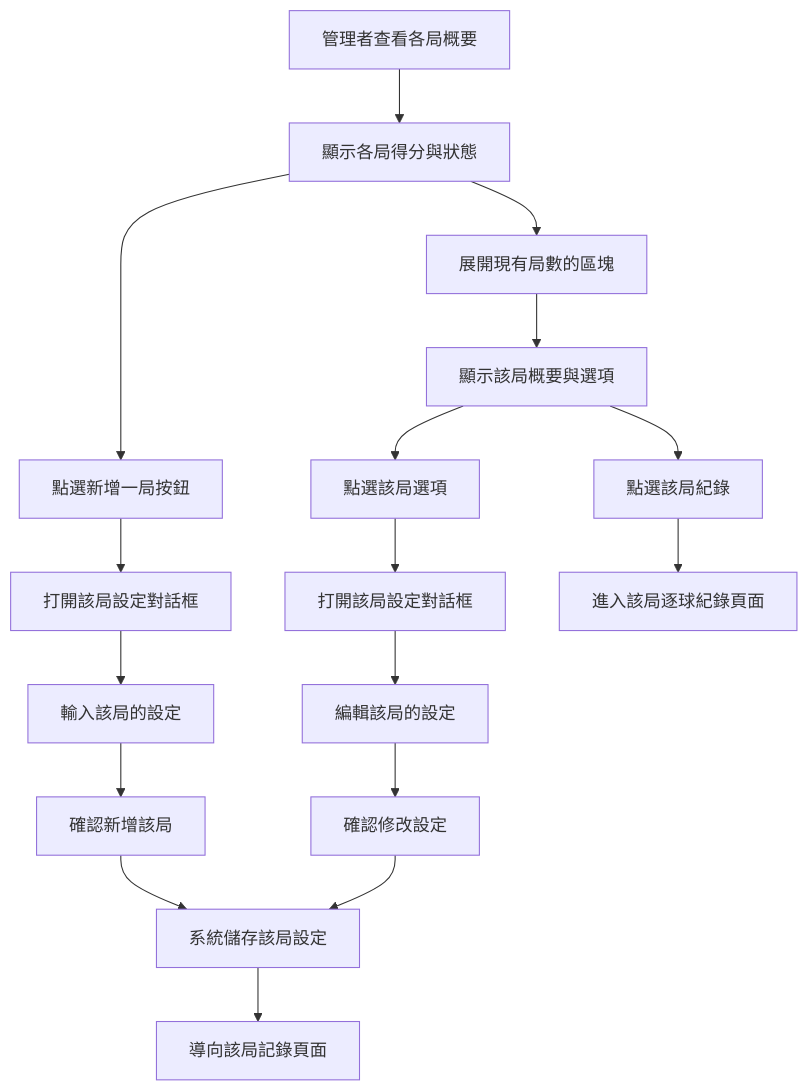
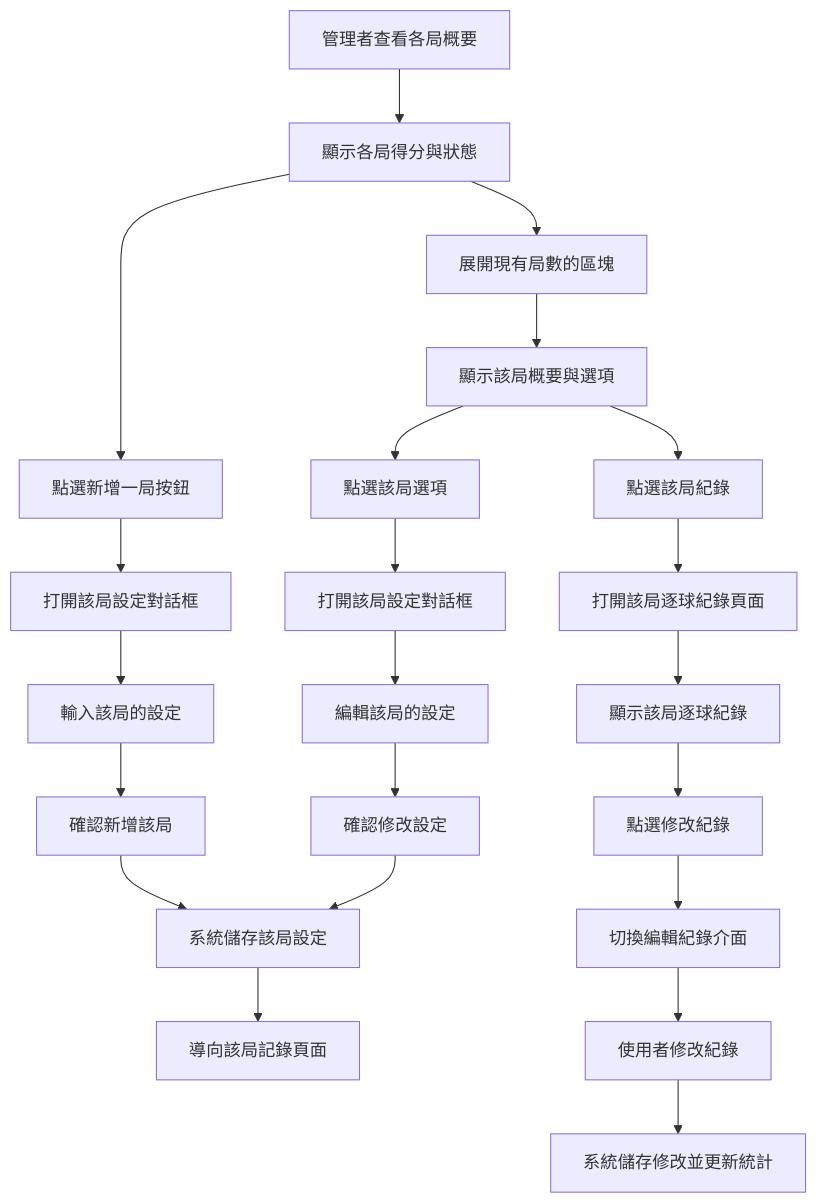
Before and after one commit to andrewck24/volleybro: the third of 6 diagrams in docs/02_functional_requirements/03_tw_match_record.md, drawn with Mermaid. The commit also changed other lines of this file and 7 other files, not shown here.

````diff
--- a/docs/02_functional_requirements/03_tw_match_record.md
+++ b/docs/02_functional_requirements/03_tw_match_record.md
@@ -121,19 +121,24 @@
   ```mermaid
   graph TD
     A[管理者查看各局概要] --> B[顯示各局得分與狀態]
     B --> C[點選新增一局按鈕]
     C --> D[打開該局設定對話框]
     D --> E[輸入該局的設定]
     E --> F[確認新增該局]
     F --> G[系統儲存該局設定]
     G --> H[導向該局記錄頁面]
     B --> I[展開現有局數的區塊]
     I --> J[顯示該局概要與選項]
     J --> K[點選該局選項]
     K --> L[打開該局設定對話框]
     L --> M[編輯該局的設定]
     M --> N[確認修改設定]
     N --> G
     J --> O[點選該局紀錄]
-    O --> P[進入該局逐球紀錄頁面]
+    O --> P[打開該局逐球紀錄頁面]
+    P --> Q[顯示該局逐球紀錄]
+    Q --> R[點選修改紀錄]
+    R --> S[切換編輯紀錄介面]
+    S --> T[使用者修改紀錄]
+    T --> U[系統儲存修改並更新統計]
   ```
````
